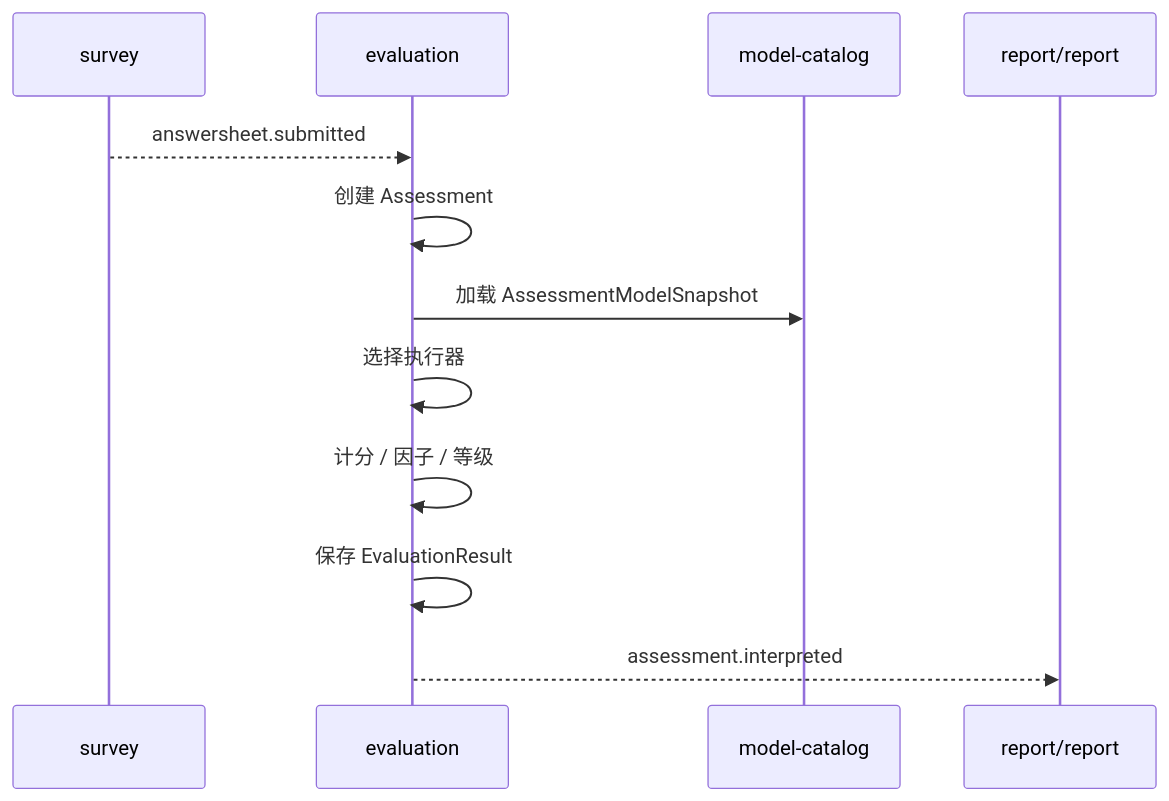
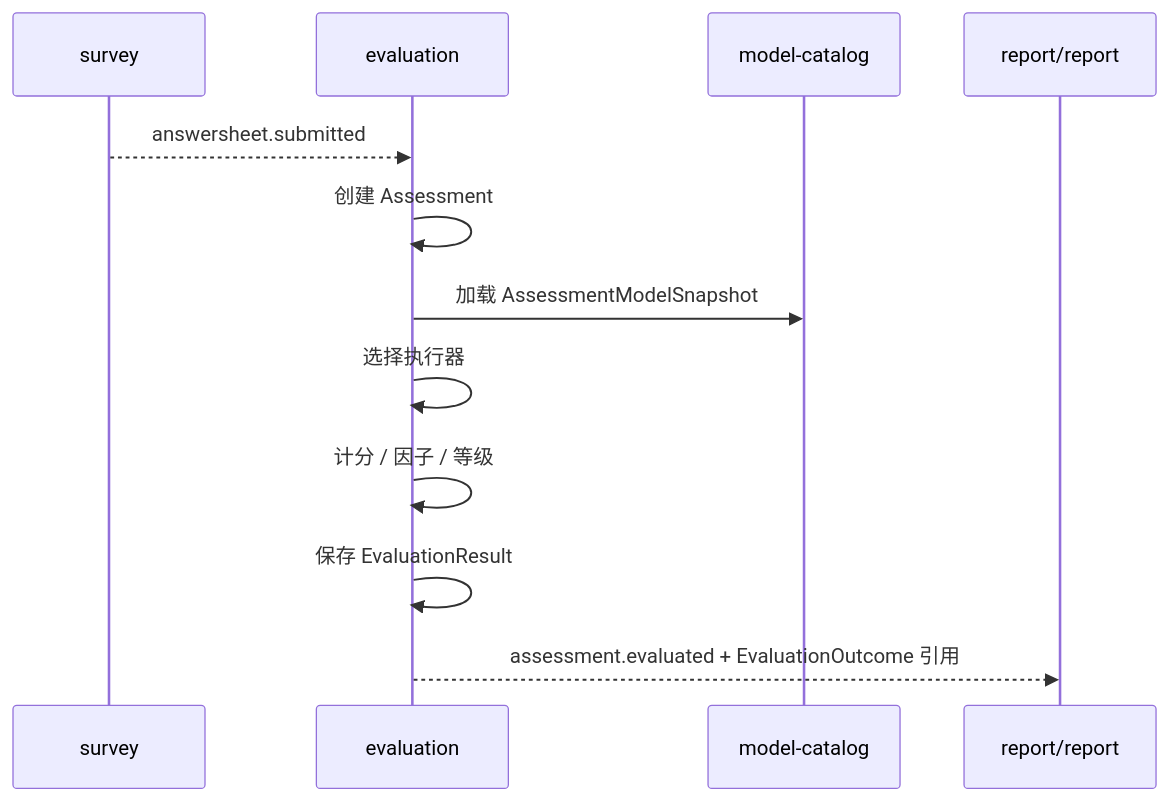
Before and after one commit to FangcunMount/qs-server: the diagram in docs/02-业务模块/30-evaluation/03-测评执行链路.md, drawn with Mermaid. The commit also changed other lines of this file and 20 other files, not shown here.

Commit message:
doc:  更新评估和解释文档以提高清晰度和准确性 - 修改了关键事件名称和描述，以反映评估过程的当前状态，包括对`assessment.evaluated`和`assessment.interpreted`的变更。 - 强化了关于评估和报告生命周期的文档，明确了评估模块与解释模块的职责。 - 更新了状态机图，以准确表示评估和评估运行的状态转换。 - 改进了对评估、评估结果与报告之间关系的解释，强调报告生成独立于评估状态。 - 新增部分，详细说明评估与解释的决策流程及其边界，确保与最新实施目标保持一致。

````diff
--- a/docs/02-业务模块/30-evaluation/03-测评执行链路.md
+++ b/docs/02-业务模块/30-evaluation/03-测评执行链路.md
@@ -30,15 +30,15 @@
 ```mermaid
 sequenceDiagram
     participant S as survey
     participant E as evaluation
     participant M as model-catalog
     participant I as report/report
 
     S-->>E: answersheet.submitted
     E->>E: 创建 Assessment
     E->>M: 加载 AssessmentModelSnapshot
     E->>E: 选择执行器
     E->>E: 计分 / 因子 / 等级
     E->>E: 保存 EvaluationResult
-    E-->>I: assessment.interpreted
+    E-->>I: assessment.evaluated + EvaluationOutcome 引用
 ```
````
